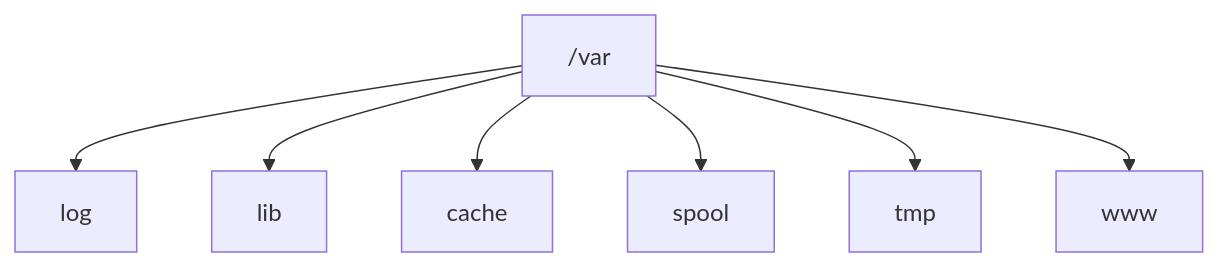
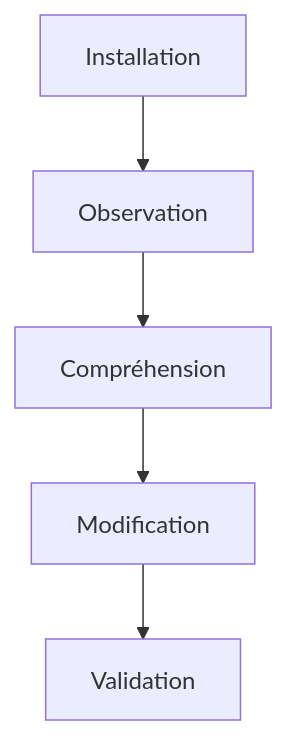
One commit to tdelaclos/formations changed the first of 7 diagrams in campagne 1/1.4.md. Above: the diagram before and after it, drawn with Mermaid. The commit also changed other lines of this file, not shown here.

````diff
--- a/campagne 1/1.4.md
+++ b/campagne 1/1.4.md
@@ -254,17 +73,18 @@
 ```mermaid
 flowchart TD
 
-VAR["/var"]
+A["Installation"]
 
-VAR --> LOG["log"]
+B["Observation"]
 
-VAR --> LIB["lib"]
+C["Compréhension"]
 
-VAR --> CACHE["cache"]
+D["Modification"]
 
-VAR --> SPOOL["spool"]
+E["Validation"]
 
-VAR --> TMP["tmp"]
-
-VAR --> WWW["www"]
+A --> B
+B --> C
+C --> D
+D --> E
 ```
````
